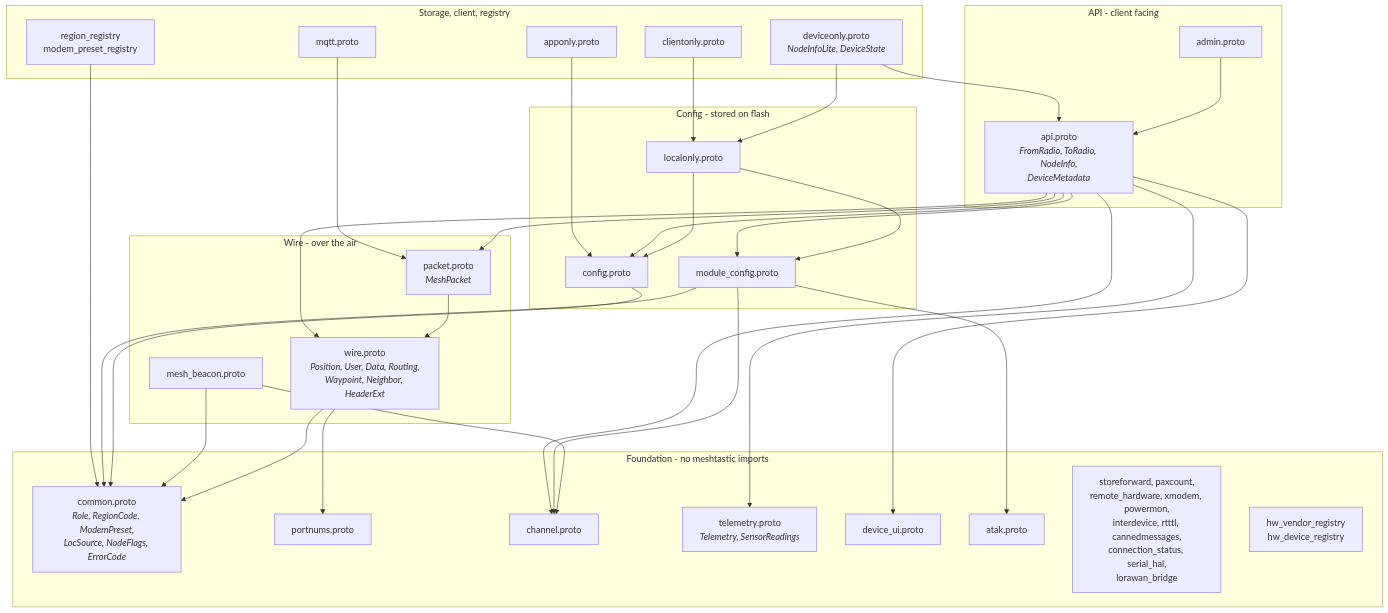
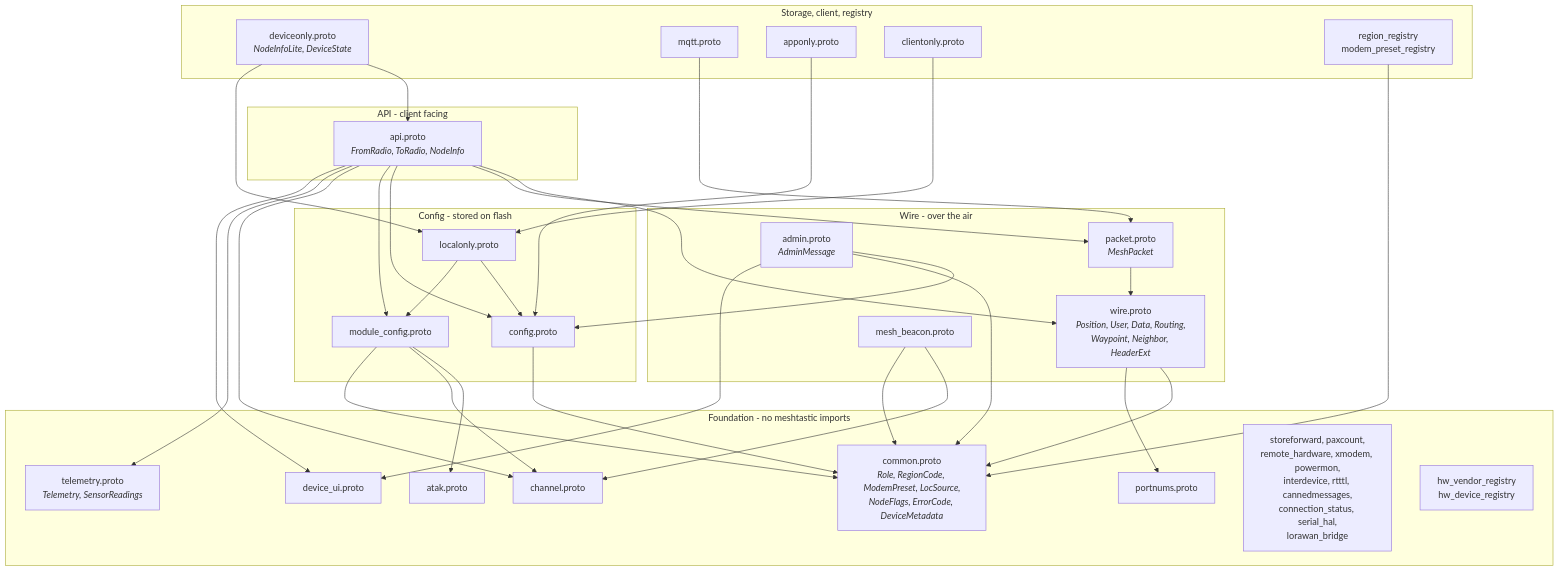
The diagram in SCHEMA.md (meshtastic/protobufs), drawn with Mermaid before and after one commit. The commit also changed other lines of this file and 8 other files, not shown here.

````diff
--- a/SCHEMA.md
+++ b/SCHEMA.md
@@ -15,64 +15,66 @@
 ```mermaid
 graph TD
     subgraph Foundation["Foundation - no meshtastic imports"]
-        common[common.proto<br/><i>Role, RegionCode, ModemPreset,<br/>LocSource, NodeFlags, ErrorCode</i>]
+        common[common.proto<br/><i>Role, RegionCode, ModemPreset, LocSource,<br/>NodeFlags, ErrorCode, DeviceMetadata</i>]
         portnums[portnums.proto]
         channel[channel.proto]
         telemetry[telemetry.proto<br/><i>Telemetry, SensorReadings</i>]
         deviceui[device_ui.proto]
         atak[atak.proto]
         modules[storeforward, paxcount,<br/>remote_hardware, xmodem, powermon,<br/>interdevice, rtttl, cannedmessages,<br/>connection_status, serial_hal,<br/>lorawan_bridge]
         registries[hw_vendor_registry<br/>hw_device_registry]
     end
 
     subgraph Wire["Wire - over the air"]
         wire[wire.proto<br/><i>Position, User, Data, Routing,<br/>Waypoint, Neighbor, HeaderExt</i>]
         packet[packet.proto<br/><i>MeshPacket</i>]
         beacon[mesh_beacon.proto]
+        admin[admin.proto<br/><i>AdminMessage</i>]
     end
 
     subgraph Config["Config - stored on flash"]
         config[config.proto]
         moduleconfig[module_config.proto]
         localonly[localonly.proto]
     end
 
     subgraph Api["API - client facing"]
-        api[api.proto<br/><i>FromRadio, ToRadio, NodeInfo,<br/>DeviceMetadata</i>]
-        admin[admin.proto]
+        api[api.proto<br/><i>FromRadio, ToRadio, NodeInfo</i>]
     end
 
     subgraph Other["Storage, client, registry"]
         deviceonly[deviceonly.proto<br/><i>NodeInfoLite, DeviceState</i>]
         mqtt[mqtt.proto]
         apponly[apponly.proto]
         clientonly[clientonly.proto]
         regreg[region_registry<br/>modem_preset_registry]
     end
 
     wire --> common
     wire --> portnums
     packet --> wire
     beacon --> channel
     beacon --> common
     config --> common
     moduleconfig --> atak
     moduleconfig --> channel
     moduleconfig --> common
     localonly --> config
     localonly --> moduleconfig
     regreg --> common
     api --> wire
     api --> packet
     api --> config
     api --> moduleconfig
     api --> channel
     api --> telemetry
     api --> deviceui
-    admin --> api
+    admin --> config
+    admin --> common
+    admin --> deviceui
     deviceonly --> api
     deviceonly --> localonly
     mqtt --> packet
     apponly --> config
     clientonly --> localonly
 ```
````
